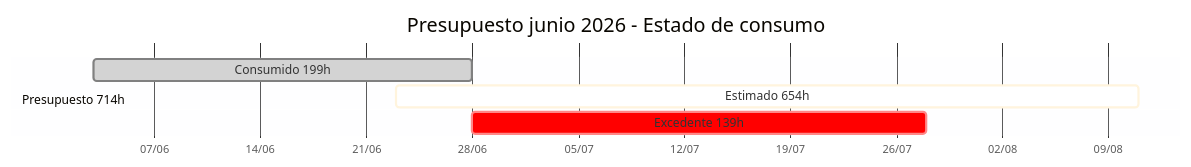
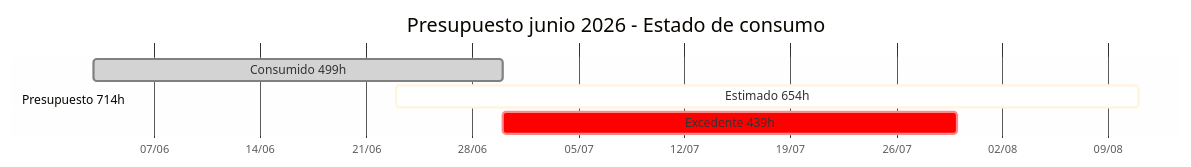
Before and after one commit to Mkdir-arg/Chaco-Back: the diagram in docs/client/financiero/mes-2026-06.md, drawn with Mermaid. The commit also changed other lines of this file and 4 other files, not shown here.

````diff
--- a/docs/client/financiero/mes-2026-06.md
+++ b/docs/client/financiero/mes-2026-06.md
@@ -50,12 +50,12 @@
 ```mermaid
 %%{init: {'theme':'base', 'themeVariables': {'fontSize':'16px'}}}%%
 gantt
     title Presupuesto junio 2026 - Estado de consumo
     dateFormat YYYY-MM-DD
     axisFormat %d/%m
     
     section Presupuesto 714h
-    Consumido 199h                   :done, consume, 2026-06-03, 2026-06-28
+    Consumido 499h                   :done, consume, 2026-06-03, 2026-06-30
     Estimado 654h                    :active, estimate, 2026-06-23, 49d
-    Excedente 139h                   :crit, over, 2026-06-28, 30d
+    Excedente 439h                   :crit, over, 2026-06-30, 30d
 ```
````
